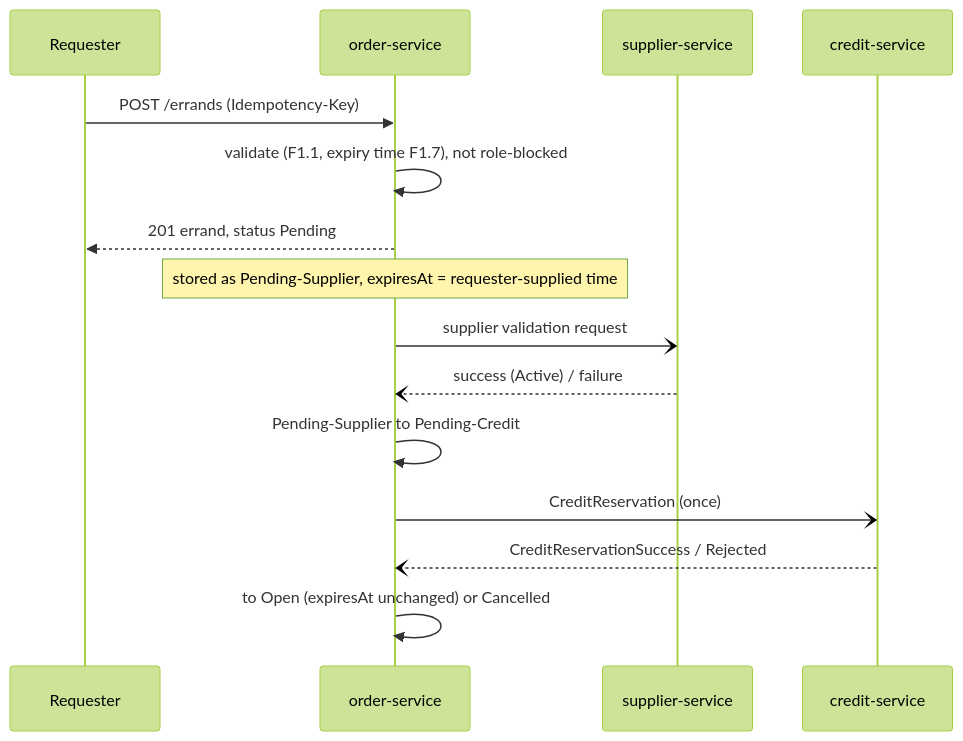
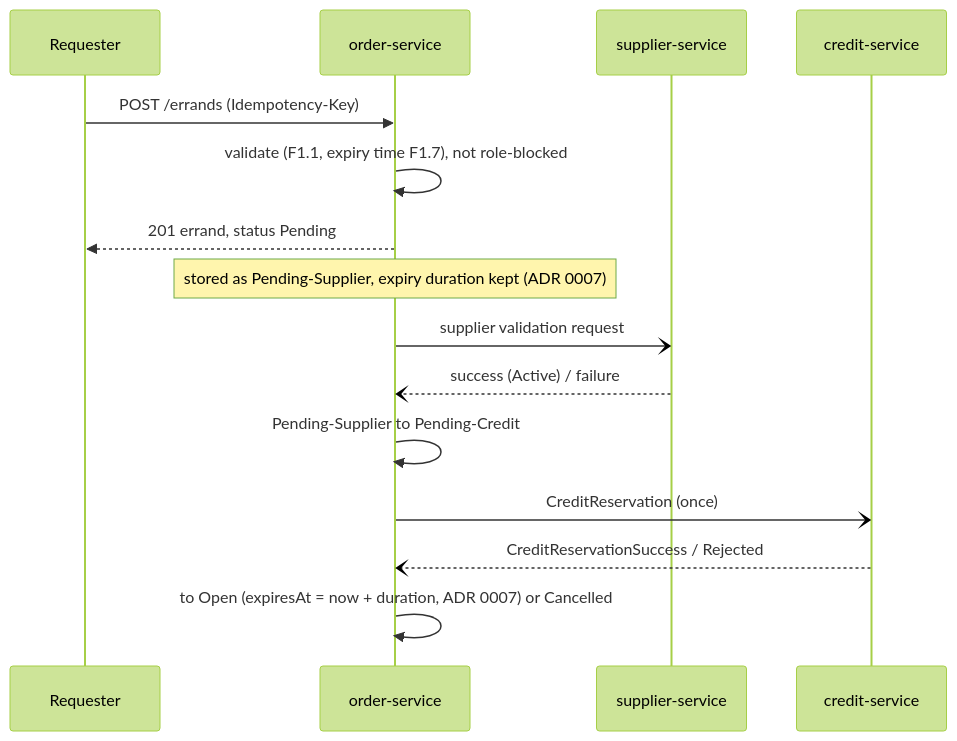
Before and after one commit to AY2627S1-CS3219-P27/FoC: the fifth of 5 diagrams in order-service/ARCHITECTURE.md, drawn with Mermaid (forest theme). The commit also changed other lines of this file and 6 other files, not shown here.

````diff
--- a/order-service/ARCHITECTURE.md
+++ b/order-service/ARCHITECTURE.md
@@ -132,17 +154,17 @@
 ```mermaid
 sequenceDiagram
   participant R as Requester
   participant O as order-service
   participant S as supplier-service
   participant K as credit-service
   R->>O: POST /errands (Idempotency-Key)
   O->>O: validate (F1.1, expiry time F1.7), not role-blocked
   O-->>R: 201 errand, status Pending
-  Note over O: stored as Pending-Supplier, expiresAt = requester-supplied time
+  Note over O: stored as Pending-Supplier, expiry duration kept (ADR 0007)
   O-)S: supplier validation request
   S--)O: success (Active) / failure
   O->>O: Pending-Supplier to Pending-Credit
   O-)K: CreditReservation (once)
   K--)O: CreditReservationSuccess / Rejected
-  O->>O: to Open (expiresAt unchanged) or Cancelled
+  O->>O: to Open (expiresAt = now + duration, ADR 0007) or Cancelled
 ```
````
